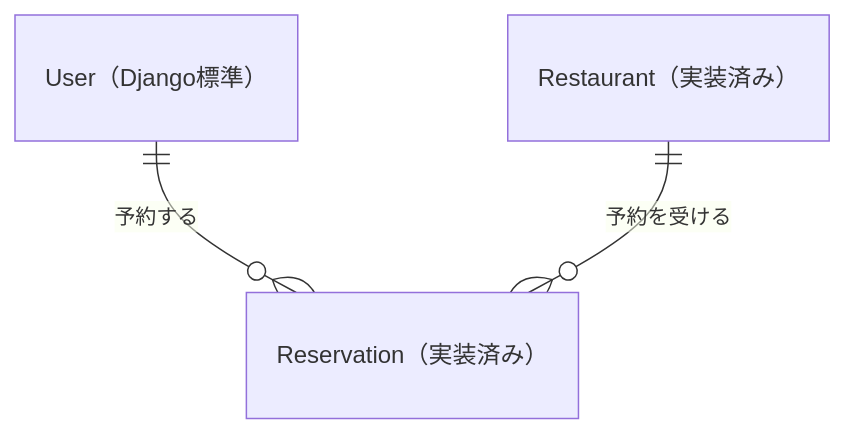
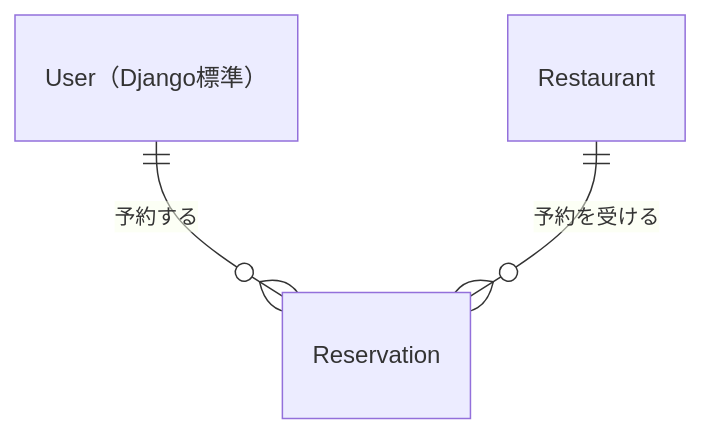
Before and after one commit to shimodum/restaurant-reservation-app: the diagram in docs/design.md, drawn with Mermaid. The commit also changed other lines of this file and 19 other files, not shown here.

````diff
--- a/docs/design.md
+++ b/docs/design.md
@@ -54,8 +54,8 @@
 ```mermaid
 erDiagram
     User ||--o{ Reservation : "予約する"
     Restaurant ||--o{ Reservation : "予約を受ける"
     User["User（Django標準）"]
-    Restaurant["Restaurant（実装済み）"]
-    Reservation["Reservation（実装済み）"]
+    Restaurant["Restaurant"]
+    Reservation["Reservation"]
 ```
````
